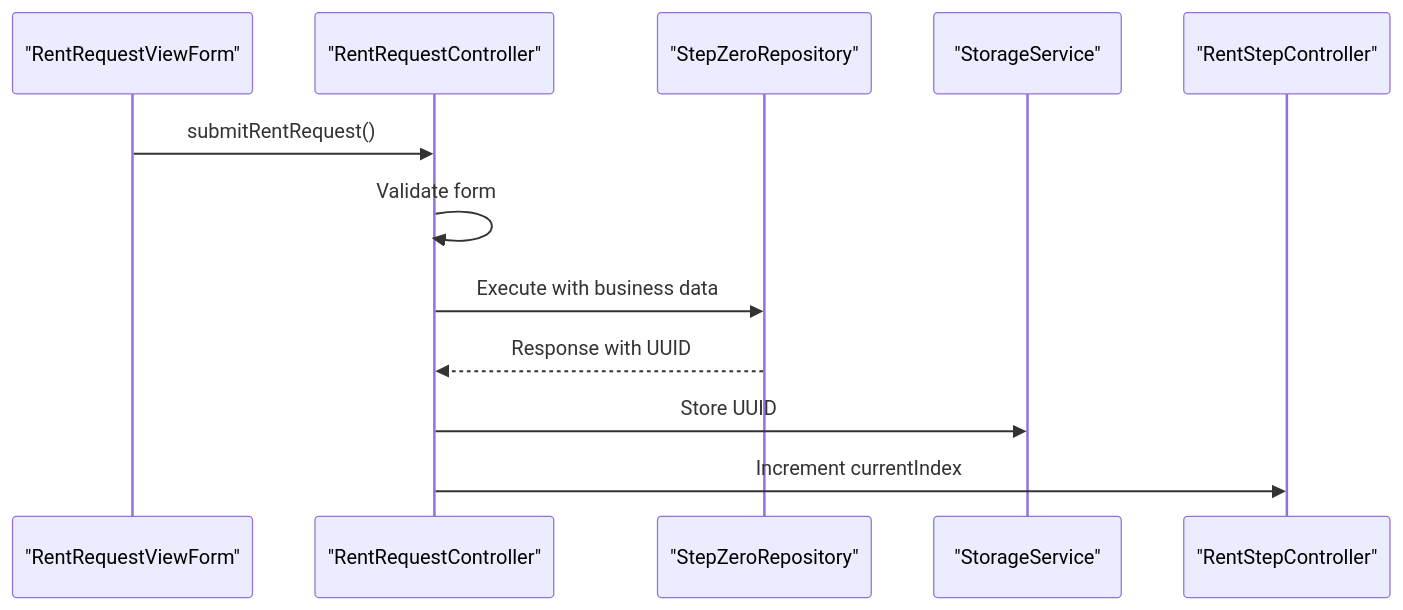
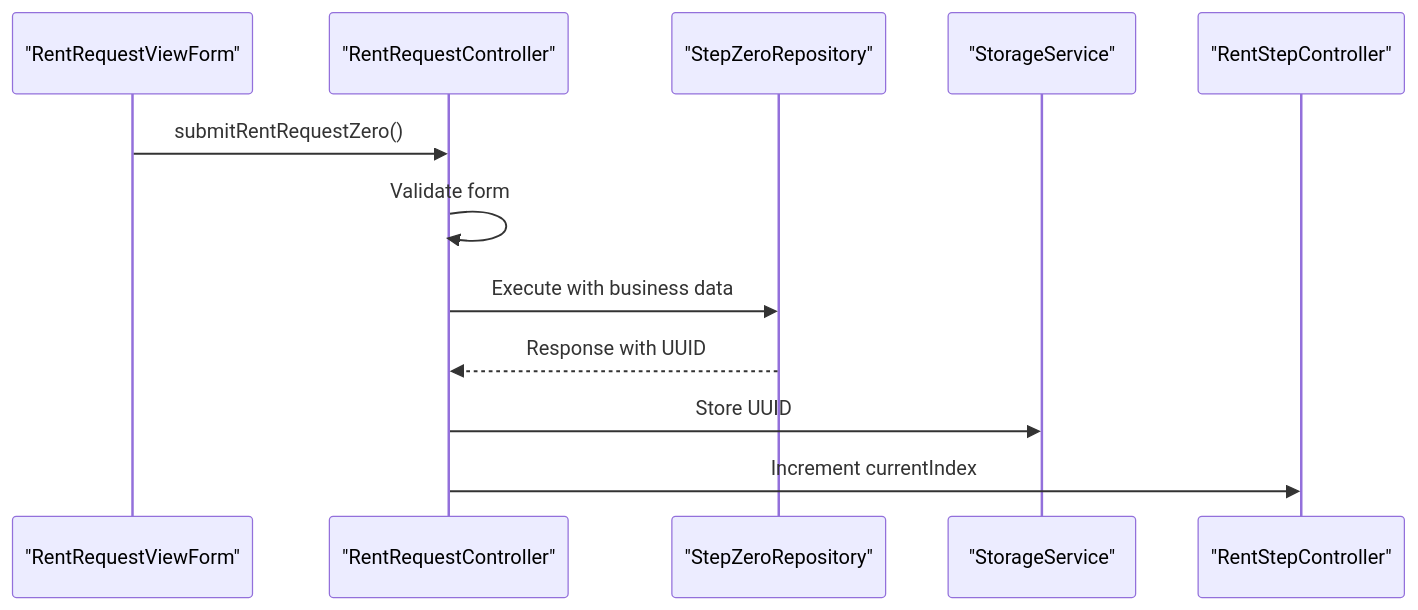
Before and after one commit to Ariful3111/FurniGo: the fourth of 7 diagrams in .qoder/repowiki/en/content/Core Features/Business Services/Rent Furniture System.md, drawn with Mermaid. The commit also changed other lines of this file and 2 other files, not shown here.

Commit message:
Some Rent Request Completed

````diff
--- a/.qoder/repowiki/en/content/Core Features/Business Services/Rent Furniture System.md
+++ b/.qoder/repowiki/en/content/Core Features/Business Services/Rent Furniture System.md
@@ -214,14 +229,14 @@
 ```mermaid
 sequenceDiagram
 participant Form as "RentRequestViewForm"
 participant Controller as "RentRequestController"
 participant Repo as "StepZeroRepository"
 participant Storage as "StorageService"
 participant StepController as "RentStepController"
-Form->>Controller : submitRentRequest()
+Form->>Controller : submitRentRequestZero()
 Controller->>Controller : Validate form
 Controller->>Repo : Execute with business data
 Repo-->>Controller : Response with UUID
 Controller->>Storage : Store UUID
 Controller->>StepController : Increment currentIndex
 ```
````
